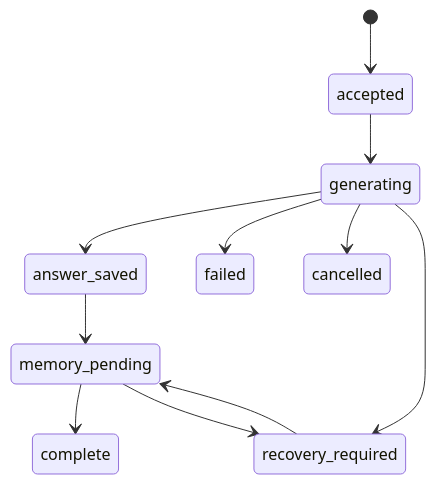
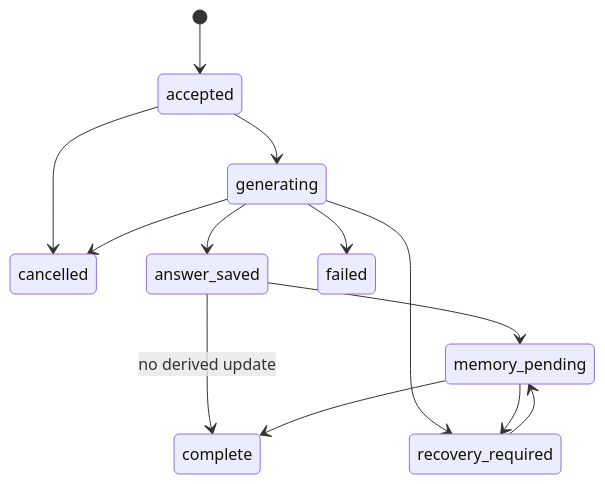
Before and after one commit to lorendw7/kyudai-llm-context-bridge: the diagram in docs/contracts.md, drawn with Mermaid. The commit also changed other lines of this file and 13 other files, not shown here.

Commit message:
Refine modular architecture and redesign public website

````diff
--- a/docs/contracts.md
+++ b/docs/contracts.md
@@ -65,13 +85,15 @@
 ```mermaid
 stateDiagram-v2
     [*] --> accepted
     accepted --> generating
+    accepted --> cancelled
     generating --> answer_saved
     generating --> failed
     generating --> cancelled
     generating --> recovery_required
     answer_saved --> memory_pending
+    answer_saved --> complete: no derived update
     memory_pending --> complete
     memory_pending --> recovery_required
     recovery_required --> memory_pending
 ```
````
